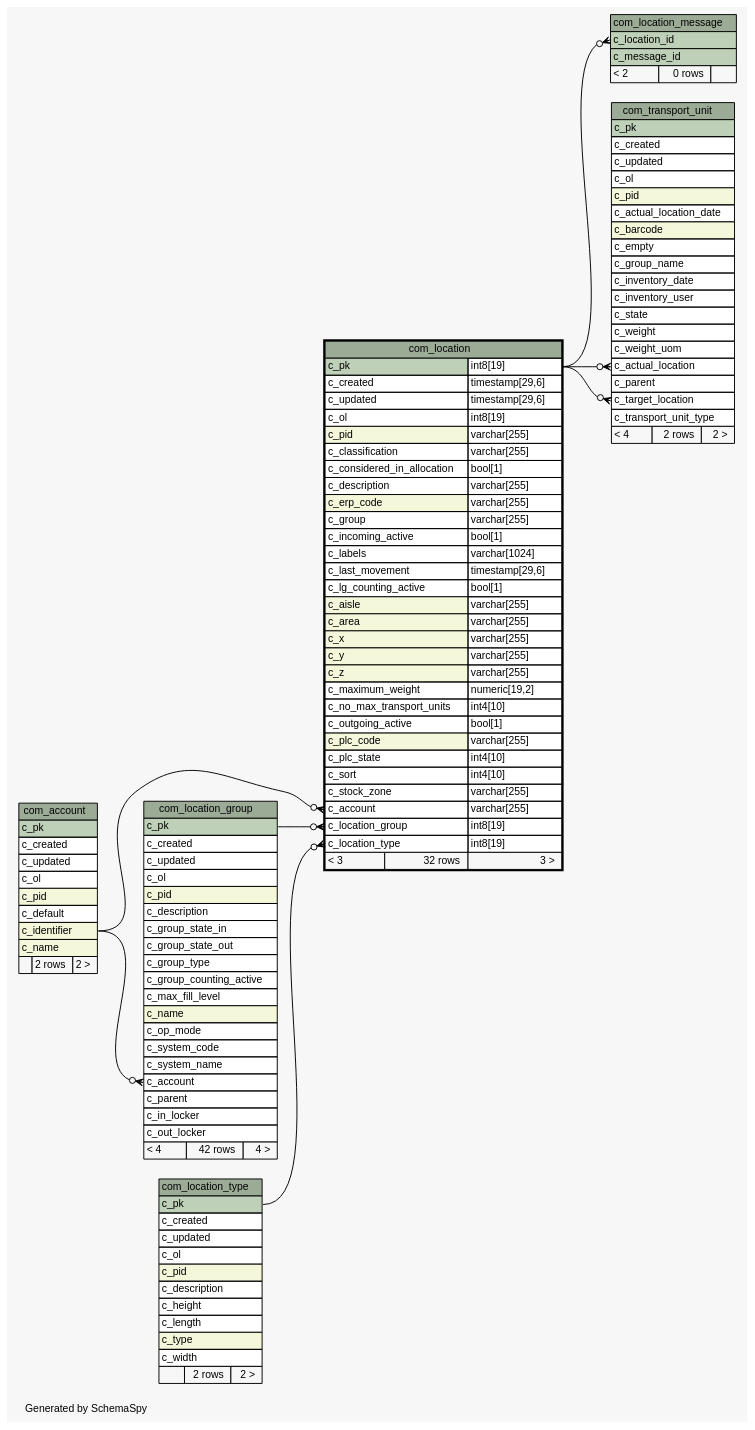
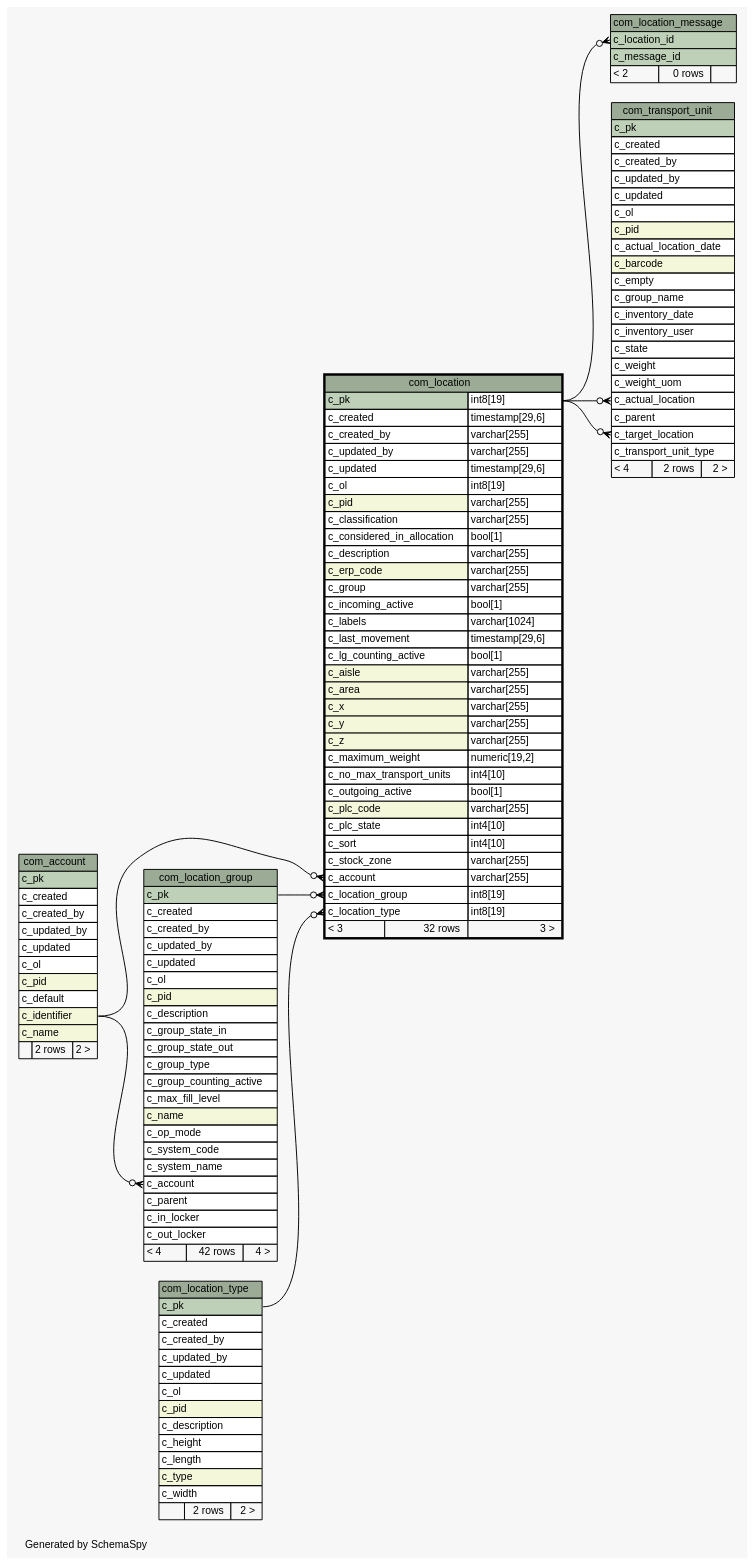
Before and after one commit to openwms/org.openwms.common.service.lib: the diagram in 2.0.0-SNAPSHOT/schemaspy/diagrams/com_location.1degree.dot, drawn with Graphviz. The commit also changed 531 other files, not shown here.

```diff
--- a/2.0.0-SNAPSHOT/schemaspy/diagrams/com_location.1degree.dot
+++ b/2.0.0-SNAPSHOT/schemaspy/diagrams/com_location.1degree.dot
@@ -1,169 +1,179 @@
-// dot 2.43.0 on Linux 5.13.0-1022-azure
+// dot 2.43.0 on Linux 5.13.0-1023-azure
 // SchemaSpy rev Unknown
 digraph "oneDegreeRelationshipsDiagram" {
   graph [
     rankdir="RL"
     bgcolor="#f7f7f7"
     label="\nGenerated by SchemaSpy"
     labeljust="l"
     nodesep="0.18"
     ranksep="0.46"
     fontname="Helvetica"
     fontsize="11"
   ];
   node [
     fontname="Helvetica"
     fontsize="11"
     shape="plaintext"
   ];
   edge [
     arrowsize="0.8"
   ];
   "com_location":"c_account":w -> "com_account":"c_identifier":e [arrowhead=none dir=back arrowtail=crowodot];
   "com_location":"c_location_group":w -> "com_location_group":"c_pk":e [arrowhead=none dir=back arrowtail=crowodot];
   "com_location":"c_location_type":w -> "com_location_type":"c_pk":e [arrowhead=none dir=back arrowtail=crowodot];
   "com_location_group":"c_account":w -> "com_account":"c_identifier":e [arrowhead=none dir=back arrowtail=crowodot];
   "com_location_message":"c_location_id":w -> "com_location":"c_pk.type":e [arrowhead=none dir=back arrowtail=crowodot];
   "com_transport_unit":"c_actual_location":w -> "com_location":"c_pk.type":e [arrowhead=none dir=back arrowtail=crowodot];
   "com_transport_unit":"c_target_location":w -> "com_location":"c_pk.type":e [arrowhead=none dir=back arrowtail=crowodot];
   "com_account" [
     label=<
     <TABLE BORDER="0" CELLBORDER="1" CELLSPACING="0" BGCOLOR="#ffffff">
       <TR><TD COLSPAN="3" BGCOLOR="#9bab96" ALIGN="CENTER">com_account</TD></TR>
       <TR><TD PORT="c_pk" COLSPAN="3" BGCOLOR="#bed1b8" ALIGN="LEFT">c_pk</TD></TR>
       <TR><TD PORT="c_created" COLSPAN="3" ALIGN="LEFT">c_created</TD></TR>
+      <TR><TD PORT="c_created_by" COLSPAN="3" ALIGN="LEFT">c_created_by</TD></TR>
+      <TR><TD PORT="c_updated_by" COLSPAN="3" ALIGN="LEFT">c_updated_by</TD></TR>
       <TR><TD PORT="c_updated" COLSPAN="3" ALIGN="LEFT">c_updated</TD></TR>
       <TR><TD PORT="c_ol" COLSPAN="3" ALIGN="LEFT">c_ol</TD></TR>
       <TR><TD PORT="c_pid" COLSPAN="3" BGCOLOR="#f4f7da" ALIGN="LEFT">c_pid</TD></TR>
       <TR><TD PORT="c_default" COLSPAN="3" ALIGN="LEFT">c_default</TD></TR>
       <TR><TD PORT="c_identifier" COLSPAN="3" BGCOLOR="#f4f7da" ALIGN="LEFT">c_identifier</TD></TR>
       <TR><TD PORT="c_name" COLSPAN="3" BGCOLOR="#f4f7da" ALIGN="LEFT">c_name</TD></TR>
       <TR><TD ALIGN="LEFT" BGCOLOR="#f7f7f7">  </TD><TD ALIGN="RIGHT" BGCOLOR="#f7f7f7">2 rows</TD><TD ALIGN="RIGHT" BGCOLOR="#f7f7f7">2 &gt;</TD></TR>
     </TABLE>>
     URL="com_account.html"
     tooltip="com_account"
   ];
   "com_location" [
     label=<
     <TABLE BORDER="2" CELLBORDER="1" CELLSPACING="0" BGCOLOR="#ffffff">
       <TR><TD COLSPAN="3" BGCOLOR="#9bab96" ALIGN="CENTER">com_location</TD></TR>
       <TR><TD PORT="c_pk" COLSPAN="2" BGCOLOR="#bed1b8" ALIGN="LEFT">c_pk</TD><TD PORT="c_pk.type" ALIGN="LEFT">int8[19]</TD></TR>
       <TR><TD PORT="c_created" COLSPAN="2" ALIGN="LEFT">c_created</TD><TD PORT="c_created.type" ALIGN="LEFT">timestamp[29,6]</TD></TR>
+      <TR><TD PORT="c_created_by" COLSPAN="2" ALIGN="LEFT">c_created_by</TD><TD PORT="c_created_by.type" ALIGN="LEFT">varchar[255]</TD></TR>
+      <TR><TD PORT="c_updated_by" COLSPAN="2" ALIGN="LEFT">c_updated_by</TD><TD PORT="c_updated_by.type" ALIGN="LEFT">varchar[255]</TD></TR>
       <TR><TD PORT="c_updated" COLSPAN="2" ALIGN="LEFT">c_updated</TD><TD PORT="c_updated.type" ALIGN="LEFT">timestamp[29,6]</TD></TR>
       <TR><TD PORT="c_ol" COLSPAN="2" ALIGN="LEFT">c_ol</TD><TD PORT="c_ol.type" ALIGN="LEFT">int8[19]</TD></TR>
       <TR><TD PORT="c_pid" COLSPAN="2" BGCOLOR="#f4f7da" ALIGN="LEFT">c_pid</TD><TD PORT="c_pid.type" ALIGN="LEFT">varchar[255]</TD></TR>
       <TR><TD PORT="c_classification" COLSPAN="2" ALIGN="LEFT">c_classification</TD><TD PORT="c_classification.type" ALIGN="LEFT">varchar[255]</TD></TR>
       <TR><TD PORT="c_considered_in_allocation" COLSPAN="2" ALIGN="LEFT">c_considered_in_allocation</TD><TD PORT="c_considered_in_allocation.type" ALIGN="LEFT">bool[1]</TD></TR>
       <TR><TD PORT="c_description" COLSPAN="2" ALIGN="LEFT">c_description</TD><TD PORT="c_description.type" ALIGN="LEFT">varchar[255]</TD></TR>
       <TR><TD PORT="c_erp_code" COLSPAN="2" BGCOLOR="#f4f7da" ALIGN="LEFT">c_erp_code</TD><TD PORT="c_erp_code.type" ALIGN="LEFT">varchar[255]</TD></TR>
       <TR><TD PORT="c_group" COLSPAN="2" ALIGN="LEFT">c_group</TD><TD PORT="c_group.type" ALIGN="LEFT">varchar[255]</TD></TR>
       <TR><TD PORT="c_incoming_active" COLSPAN="2" ALIGN="LEFT">c_incoming_active</TD><TD PORT="c_incoming_active.type" ALIGN="LEFT">bool[1]</TD></TR>
       <TR><TD PORT="c_labels" COLSPAN="2" ALIGN="LEFT">c_labels</TD><TD PORT="c_labels.type" ALIGN="LEFT">varchar[1024]</TD></TR>
       <TR><TD PORT="c_last_movement" COLSPAN="2" ALIGN="LEFT">c_last_movement</TD><TD PORT="c_last_movement.type" ALIGN="LEFT">timestamp[29,6]</TD></TR>
       <TR><TD PORT="c_lg_counting_active" COLSPAN="2" ALIGN="LEFT">c_lg_counting_active</TD><TD PORT="c_lg_counting_active.type" ALIGN="LEFT">bool[1]</TD></TR>
       <TR><TD PORT="c_aisle" COLSPAN="2" BGCOLOR="#f4f7da" ALIGN="LEFT">c_aisle</TD><TD PORT="c_aisle.type" ALIGN="LEFT">varchar[255]</TD></TR>
       <TR><TD PORT="c_area" COLSPAN="2" BGCOLOR="#f4f7da" ALIGN="LEFT">c_area</TD><TD PORT="c_area.type" ALIGN="LEFT">varchar[255]</TD></TR>
       <TR><TD PORT="c_x" COLSPAN="2" BGCOLOR="#f4f7da" ALIGN="LEFT">c_x</TD><TD PORT="c_x.type" ALIGN="LEFT">varchar[255]</TD></TR>
       <TR><TD PORT="c_y" COLSPAN="2" BGCOLOR="#f4f7da" ALIGN="LEFT">c_y</TD><TD PORT="c_y.type" ALIGN="LEFT">varchar[255]</TD></TR>
       <TR><TD PORT="c_z" COLSPAN="2" BGCOLOR="#f4f7da" ALIGN="LEFT">c_z</TD><TD PORT="c_z.type" ALIGN="LEFT">varchar[255]</TD></TR>
       <TR><TD PORT="c_maximum_weight" COLSPAN="2" ALIGN="LEFT">c_maximum_weight</TD><TD PORT="c_maximum_weight.type" ALIGN="LEFT">numeric[19,2]</TD></TR>
       <TR><TD PORT="c_no_max_transport_units" COLSPAN="2" ALIGN="LEFT">c_no_max_transport_units</TD><TD PORT="c_no_max_transport_units.type" ALIGN="LEFT">int4[10]</TD></TR>
       <TR><TD PORT="c_outgoing_active" COLSPAN="2" ALIGN="LEFT">c_outgoing_active</TD><TD PORT="c_outgoing_active.type" ALIGN="LEFT">bool[1]</TD></TR>
       <TR><TD PORT="c_plc_code" COLSPAN="2" BGCOLOR="#f4f7da" ALIGN="LEFT">c_plc_code</TD><TD PORT="c_plc_code.type" ALIGN="LEFT">varchar[255]</TD></TR>
       <TR><TD PORT="c_plc_state" COLSPAN="2" ALIGN="LEFT">c_plc_state</TD><TD PORT="c_plc_state.type" ALIGN="LEFT">int4[10]</TD></TR>
       <TR><TD PORT="c_sort" COLSPAN="2" ALIGN="LEFT">c_sort</TD><TD PORT="c_sort.type" ALIGN="LEFT">int4[10]</TD></TR>
       <TR><TD PORT="c_stock_zone" COLSPAN="2" ALIGN="LEFT">c_stock_zone</TD><TD PORT="c_stock_zone.type" ALIGN="LEFT">varchar[255]</TD></TR>
       <TR><TD PORT="c_account" COLSPAN="2" ALIGN="LEFT">c_account</TD><TD PORT="c_account.type" ALIGN="LEFT">varchar[255]</TD></TR>
       <TR><TD PORT="c_location_group" COLSPAN="2" ALIGN="LEFT">c_location_group</TD><TD PORT="c_location_group.type" ALIGN="LEFT">int8[19]</TD></TR>
       <TR><TD PORT="c_location_type" COLSPAN="2" ALIGN="LEFT">c_location_type</TD><TD PORT="c_location_type.type" ALIGN="LEFT">int8[19]</TD></TR>
       <TR><TD ALIGN="LEFT" BGCOLOR="#f7f7f7">&lt; 3</TD><TD ALIGN="RIGHT" BGCOLOR="#f7f7f7">32 rows</TD><TD ALIGN="RIGHT" BGCOLOR="#f7f7f7">3 &gt;</TD></TR>
     </TABLE>>
     URL="com_location.html"
     tooltip="com_location"
   ];
   "com_location_group" [
     label=<
     <TABLE BORDER="0" CELLBORDER="1" CELLSPACING="0" BGCOLOR="#ffffff">
       <TR><TD COLSPAN="3" BGCOLOR="#9bab96" ALIGN="CENTER">com_location_group</TD></TR>
       <TR><TD PORT="c_pk" COLSPAN="3" BGCOLOR="#bed1b8" ALIGN="LEFT">c_pk</TD></TR>
       <TR><TD PORT="c_created" COLSPAN="3" ALIGN="LEFT">c_created</TD></TR>
+      <TR><TD PORT="c_created_by" COLSPAN="3" ALIGN="LEFT">c_created_by</TD></TR>
+      <TR><TD PORT="c_updated_by" COLSPAN="3" ALIGN="LEFT">c_updated_by</TD></TR>
       <TR><TD PORT="c_updated" COLSPAN="3" ALIGN="LEFT">c_updated</TD></TR>
       <TR><TD PORT="c_ol" COLSPAN="3" ALIGN="LEFT">c_ol</TD></TR>
       <TR><TD PORT="c_pid" COLSPAN="3" BGCOLOR="#f4f7da" ALIGN="LEFT">c_pid</TD></TR>
       <TR><TD PORT="c_description" COLSPAN="3" ALIGN="LEFT">c_description</TD></TR>
       <TR><TD PORT="c_group_state_in" COLSPAN="3" ALIGN="LEFT">c_group_state_in</TD></TR>
       <TR><TD PORT="c_group_state_out" COLSPAN="3" ALIGN="LEFT">c_group_state_out</TD></TR>
       <TR><TD PORT="c_group_type" COLSPAN="3" ALIGN="LEFT">c_group_type</TD></TR>
       <TR><TD PORT="c_group_counting_active" COLSPAN="3" ALIGN="LEFT">c_group_counting_active</TD></TR>
       <TR><TD PORT="c_max_fill_level" COLSPAN="3" ALIGN="LEFT">c_max_fill_level</TD></TR>
       <TR><TD PORT="c_name" COLSPAN="3" BGCOLOR="#f4f7da" ALIGN="LEFT">c_name</TD></TR>
       <TR><TD PORT="c_op_mode" COLSPAN="3" ALIGN="LEFT">c_op_mode</TD></TR>
       <TR><TD PORT="c_system_code" COLSPAN="3" ALIGN="LEFT">c_system_code</TD></TR>
       <TR><TD PORT="c_system_name" COLSPAN="3" ALIGN="LEFT">c_system_name</TD></TR>
       <TR><TD PORT="c_account" COLSPAN="3" ALIGN="LEFT">c_account</TD></TR>
       <TR><TD PORT="c_parent" COLSPAN="3" ALIGN="LEFT">c_parent</TD></TR>
       <TR><TD PORT="c_in_locker" COLSPAN="3" ALIGN="LEFT">c_in_locker</TD></TR>
       <TR><TD PORT="c_out_locker" COLSPAN="3" ALIGN="LEFT">c_out_locker</TD></TR>
       <TR><TD ALIGN="LEFT" BGCOLOR="#f7f7f7">&lt; 4</TD><TD ALIGN="RIGHT" BGCOLOR="#f7f7f7">42 rows</TD><TD ALIGN="RIGHT" BGCOLOR="#f7f7f7">4 &gt;</TD></TR>
     </TABLE>>
     URL="com_location_group.html"
     tooltip="com_location_group"
   ];
   "com_location_message" [
     label=<
     <TABLE BORDER="0" CELLBORDER="1" CELLSPACING="0" BGCOLOR="#ffffff">
       <TR><TD COLSPAN="3" BGCOLOR="#9bab96" ALIGN="CENTER">com_location_message</TD></TR>
       <TR><TD PORT="c_location_id" COLSPAN="3" BGCOLOR="#bed1b8" ALIGN="LEFT">c_location_id</TD></TR>
       <TR><TD PORT="c_message_id" COLSPAN="3" BGCOLOR="#bed1b8" ALIGN="LEFT">c_message_id</TD></TR>
       <TR><TD ALIGN="LEFT" BGCOLOR="#f7f7f7">&lt; 2</TD><TD ALIGN="RIGHT" BGCOLOR="#f7f7f7">0 rows</TD><TD ALIGN="RIGHT" BGCOLOR="#f7f7f7">  </TD></TR>
     </TABLE>>
     URL="com_location_message.html"
     tooltip="com_location_message"
   ];
   "com_location_type" [
     label=<
     <TABLE BORDER="0" CELLBORDER="1" CELLSPACING="0" BGCOLOR="#ffffff">
       <TR><TD COLSPAN="3" BGCOLOR="#9bab96" ALIGN="CENTER">com_location_type</TD></TR>
       <TR><TD PORT="c_pk" COLSPAN="3" BGCOLOR="#bed1b8" ALIGN="LEFT">c_pk</TD></TR>
       <TR><TD PORT="c_created" COLSPAN="3" ALIGN="LEFT">c_created</TD></TR>
+      <TR><TD PORT="c_created_by" COLSPAN="3" ALIGN="LEFT">c_created_by</TD></TR>
+      <TR><TD PORT="c_updated_by" COLSPAN="3" ALIGN="LEFT">c_updated_by</TD></TR>
       <TR><TD PORT="c_updated" COLSPAN="3" ALIGN="LEFT">c_updated</TD></TR>
       <TR><TD PORT="c_ol" COLSPAN="3" ALIGN="LEFT">c_ol</TD></TR>
       <TR><TD PORT="c_pid" COLSPAN="3" BGCOLOR="#f4f7da" ALIGN="LEFT">c_pid</TD></TR>
       <TR><TD PORT="c_description" COLSPAN="3" ALIGN="LEFT">c_description</TD></TR>
       <TR><TD PORT="c_height" COLSPAN="3" ALIGN="LEFT">c_height</TD></TR>
       <TR><TD PORT="c_length" COLSPAN="3" ALIGN="LEFT">c_length</TD></TR>
       <TR><TD PORT="c_type" COLSPAN="3" BGCOLOR="#f4f7da" ALIGN="LEFT">c_type</TD></TR>
       <TR><TD PORT="c_width" COLSPAN="3" ALIGN="LEFT">c_width</TD></TR>
       <TR><TD ALIGN="LEFT" BGCOLOR="#f7f7f7">  </TD><TD ALIGN="RIGHT" BGCOLOR="#f7f7f7">2 rows</TD><TD ALIGN="RIGHT" BGCOLOR="#f7f7f7">2 &gt;</TD></TR>
     </TABLE>>
     URL="com_location_type.html"
     tooltip="com_location_type"
   ];
   "com_transport_unit" [
     label=<
     <TABLE BORDER="0" CELLBORDER="1" CELLSPACING="0" BGCOLOR="#ffffff">
       <TR><TD COLSPAN="3" BGCOLOR="#9bab96" ALIGN="CENTER">com_transport_unit</TD></TR>
       <TR><TD PORT="c_pk" COLSPAN="3" BGCOLOR="#bed1b8" ALIGN="LEFT">c_pk</TD></TR>
       <TR><TD PORT="c_created" COLSPAN="3" ALIGN="LEFT">c_created</TD></TR>
+      <TR><TD PORT="c_created_by" COLSPAN="3" ALIGN="LEFT">c_created_by</TD></TR>
+      <TR><TD PORT="c_updated_by" COLSPAN="3" ALIGN="LEFT">c_updated_by</TD></TR>
       <TR><TD PORT="c_updated" COLSPAN="3" ALIGN="LEFT">c_updated</TD></TR>
       <TR><TD PORT="c_ol" COLSPAN="3" ALIGN="LEFT">c_ol</TD></TR>
       <TR><TD PORT="c_pid" COLSPAN="3" BGCOLOR="#f4f7da" ALIGN="LEFT">c_pid</TD></TR>
       <TR><TD PORT="c_actual_location_date" COLSPAN="3" ALIGN="LEFT">c_actual_location_date</TD></TR>
       <TR><TD PORT="c_barcode" COLSPAN="3" BGCOLOR="#f4f7da" ALIGN="LEFT">c_barcode</TD></TR>
       <TR><TD PORT="c_empty" COLSPAN="3" ALIGN="LEFT">c_empty</TD></TR>
       <TR><TD PORT="c_group_name" COLSPAN="3" ALIGN="LEFT">c_group_name</TD></TR>
       <TR><TD PORT="c_inventory_date" COLSPAN="3" ALIGN="LEFT">c_inventory_date</TD></TR>
       <TR><TD PORT="c_inventory_user" COLSPAN="3" ALIGN="LEFT">c_inventory_user</TD></TR>
       <TR><TD PORT="c_state" COLSPAN="3" ALIGN="LEFT">c_state</TD></TR>
       <TR><TD PORT="c_weight" COLSPAN="3" ALIGN="LEFT">c_weight</TD></TR>
       <TR><TD PORT="c_weight_uom" COLSPAN="3" ALIGN="LEFT">c_weight_uom</TD></TR>
       <TR><TD PORT="c_actual_location" COLSPAN="3" ALIGN="LEFT">c_actual_location</TD></TR>
       <TR><TD PORT="c_parent" COLSPAN="3" ALIGN="LEFT">c_parent</TD></TR>
       <TR><TD PORT="c_target_location" COLSPAN="3" ALIGN="LEFT">c_target_location</TD></TR>
       <TR><TD PORT="c_transport_unit_type" COLSPAN="3" ALIGN="LEFT">c_transport_unit_type</TD></TR>
       <TR><TD ALIGN="LEFT" BGCOLOR="#f7f7f7">&lt; 4</TD><TD ALIGN="RIGHT" BGCOLOR="#f7f7f7">2 rows</TD><TD ALIGN="RIGHT" BGCOLOR="#f7f7f7">2 &gt;</TD></TR>
     </TABLE>>
     URL="com_transport_unit.html"
     tooltip="com_transport_unit"
   ];
 }
```
